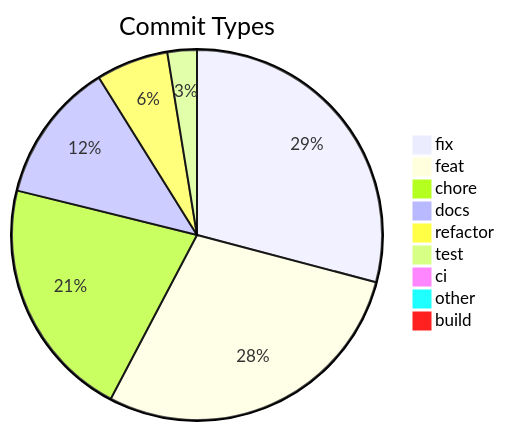
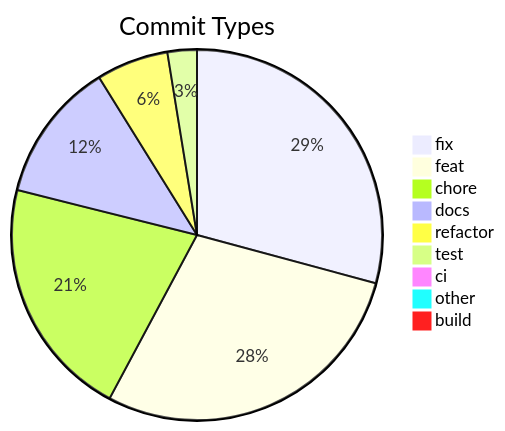
Before and after one commit to svenroth-ai/shipwright: the diagram in .shipwright/compliance/change-history.md, drawn with Mermaid. The commit also changed other lines of this file and 36 other files, not shown here.

````diff
--- a/.shipwright/compliance/change-history.md
+++ b/.shipwright/compliance/change-history.md
@@ -10,12 +10,12 @@
 ```mermaid
 pie title Commit Types
-    "fix" : 351
-    "feat" : 345
+    "fix" : 353
+    "feat" : 346
     "chore" : 255
     "docs" : 148
     "refactor" : 76
     "test" : 31
     "ci" : 11
     "other" : 9
     "build" : 1
 ```
````
